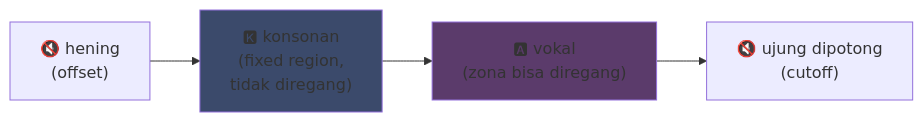
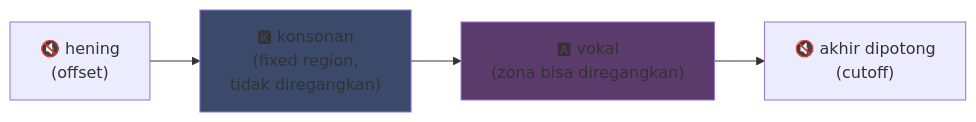
The first of 2 diagrams in public/articles/id/utau.md (fox3000foxy/fox3000foxy.github.io), drawn with Mermaid before and after one commit. The commit also changed other lines of this file and 576 other files, not shown here.

````diff
--- a/public/articles/id/utau.md
+++ b/public/articles/id/utau.md
@@ -81,8 +81,8 @@
 ```mermaid
 flowchart LR
-    A["🔇 hening<br/>(offset)"] --> B["🅺 konsonan<br/>(fixed region,<br/>tidak diregang)"]
-    B --> C["🅰 vokal<br/>(zona bisa diregang)"]
-    C --> D["🔇 ujung dipotong<br/>(cutoff)"]
+    A["🔇 hening<br/>(offset)"] --> B["🅺 konsonan<br/>(fixed region,<br/>tidak diregangkan)"]
+    B --> C["🅰 vokal<br/>(zona bisa diregangkan)"]
+    C --> D["🔇 akhir dipotong<br/>(cutoff)"]
     style B fill:#3b4a6b
     style C fill:#5b3b6b
 ```
````
